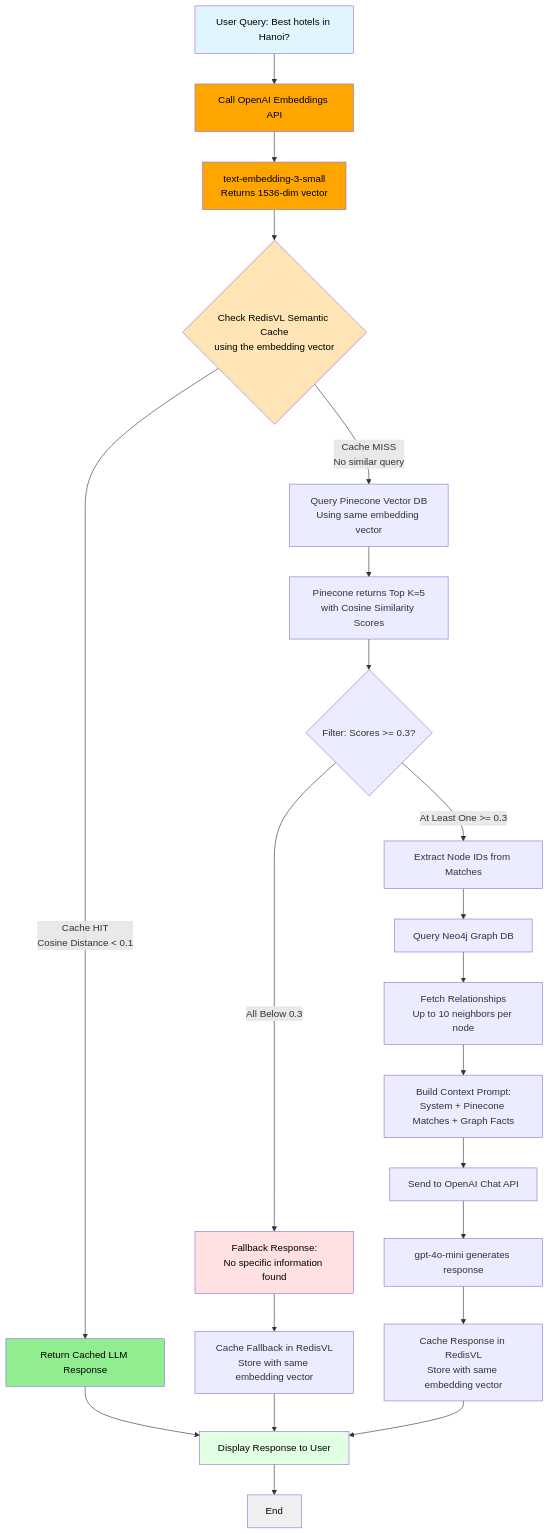
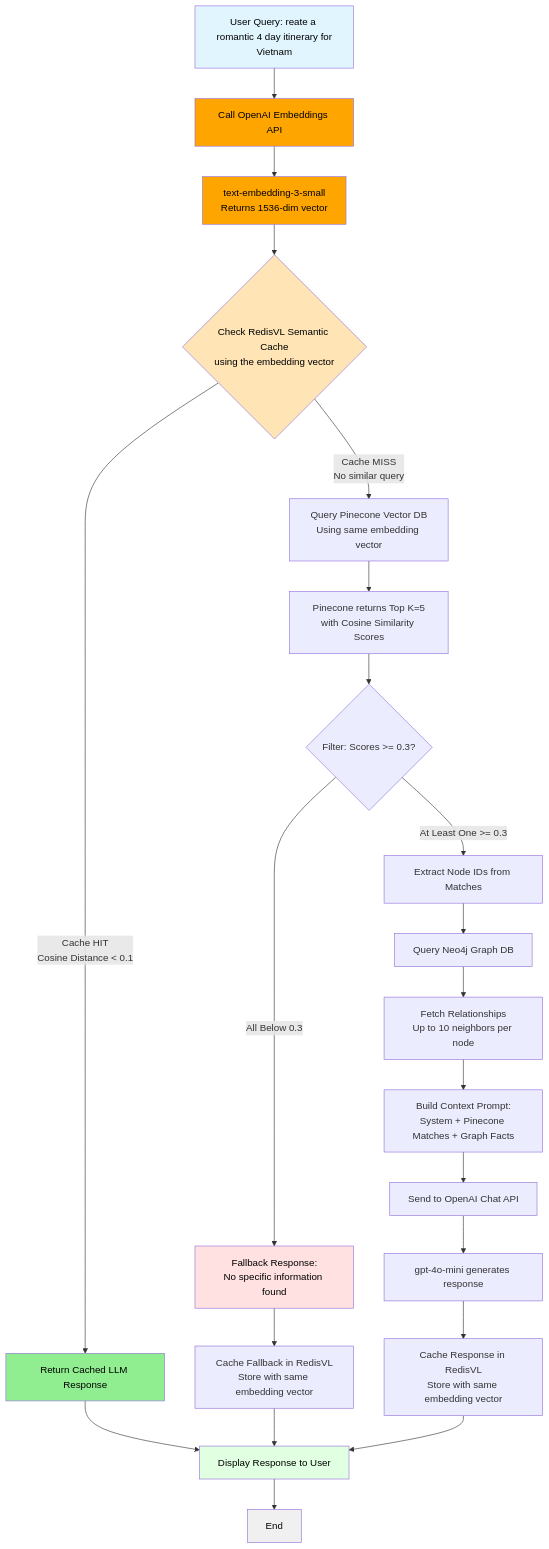
Before and after one commit to h4mmad/blue-enigma: the diagram in README.md, drawn with Mermaid. The commit also changed other lines of this file, not shown here.

````diff
--- a/README.md
+++ b/README.md
@@ -11,44 +63,45 @@
 ```mermaid
 flowchart TD
-    A[User Query: Best hotels in Hanoi?] --> B[Call OpenAI Embeddings API]
+    A[User Query: reate a romantic 4 day itinerary for
+Vietnam] --> B[Call OpenAI Embeddings API]
 
     B --> C[text-embedding-3-small<br/>Returns 1536-dim vector]
 
     C --> D{Check RedisVL Semantic Cache<br/>using the embedding vector}
 
     D -->|Cache HIT<br/>Cosine Distance < 0.1| E[Return Cached LLM Response]
     E --> F[Display Response to User]
     F --> END[End]
 
     D -->|Cache MISS<br/>No similar query| G[Query Pinecone Vector DB<br/>Using same embedding vector]
 
     G --> H[Pinecone returns Top K=5<br/>with Cosine Similarity Scores]
 
     H --> I{Filter: Scores >= 0.3?}
 
     I -->|All Below 0.3| J[Fallback Response:<br/>No specific information found]
     J --> K[Cache Fallback in RedisVL<br/>Store with same embedding vector]
     K --> F
 
     I -->|At Least One >= 0.3| L[Extract Node IDs from Matches]
 
     L --> M[Query Neo4j Graph DB]
     M --> N[Fetch Relationships<br/>Up to 10 neighbors per node]
 
     N --> O[Build Context Prompt:<br/>System + Pinecone Matches + Graph Facts]
 
     O --> P[Send to OpenAI Chat API]
     P --> Q[gpt-4o-mini generates response]
     Q --> R[Cache Response in RedisVL<br/>Store with same embedding vector]
 
     R --> F
 
     style A fill:#e1f5ff,color:#000
     style B fill:#FFA500,color:#000
     style C fill:#FFA500,color:#000
     style E fill:#90EE90,color:#000
     style J fill:#ffe1e1,color:#000
     style F fill:#e1ffe1,color:#000
     style END fill:#f0f0f0,color:#000
     style D fill:#FFE4B5,color:#000
 ```
````
